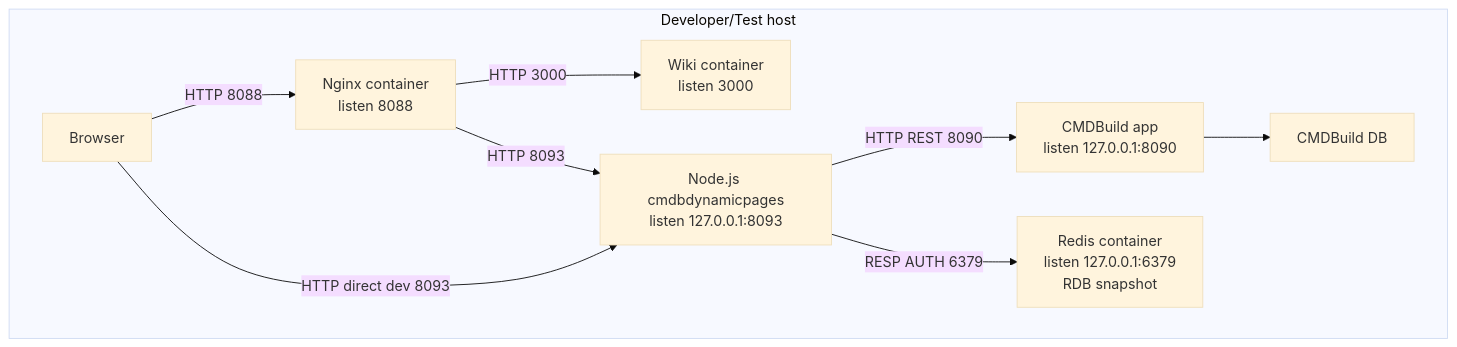
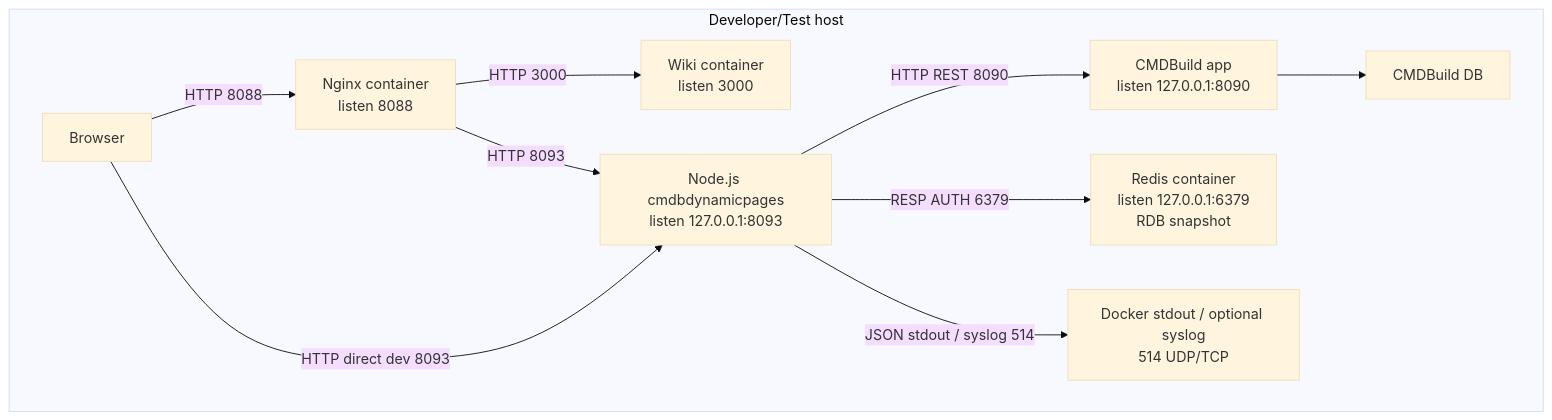
One commit to igorlyapin-max/cmdbdynamicpages changed the first of 2 diagrams in aa/deployment.md. Above: the diagram before and after it, drawn with Mermaid (base theme). The commit also changed other lines of this file and 30 other files, not shown here.

````diff
--- a/aa/deployment.md
+++ b/aa/deployment.md
@@ -7,20 +7,22 @@
 ```mermaid
 flowchart TB
   subgraph Host["Developer/Test host"]
     Browser[Browser]
     Nginx[Nginx container<br/>listen 8088]
     Wiki[Wiki container<br/>listen 3000]
     Backend[Node.js cmdbdynamicpages<br/>listen 127.0.0.1:8093]
     Redis[Redis container<br/>listen 127.0.0.1:6379<br/>RDB snapshot]
     CMDBuild[CMDBuild app<br/>listen 127.0.0.1:8090]
+    Logs[Docker stdout / optional syslog<br/>514 UDP/TCP]
     CMDBDB[CMDBuild DB]
   end
 
   Browser -->|HTTP 8088| Nginx
   Nginx -->|HTTP 3000| Wiki
   Nginx -->|HTTP 8093| Backend
   Browser -->|HTTP direct dev 8093| Backend
   Backend -->|HTTP REST 8090| CMDBuild
   Backend -->|RESP AUTH 6379| Redis
+  Backend -->|JSON stdout / syslog 514| Logs
   CMDBuild --> CMDBDB
 ```
````
